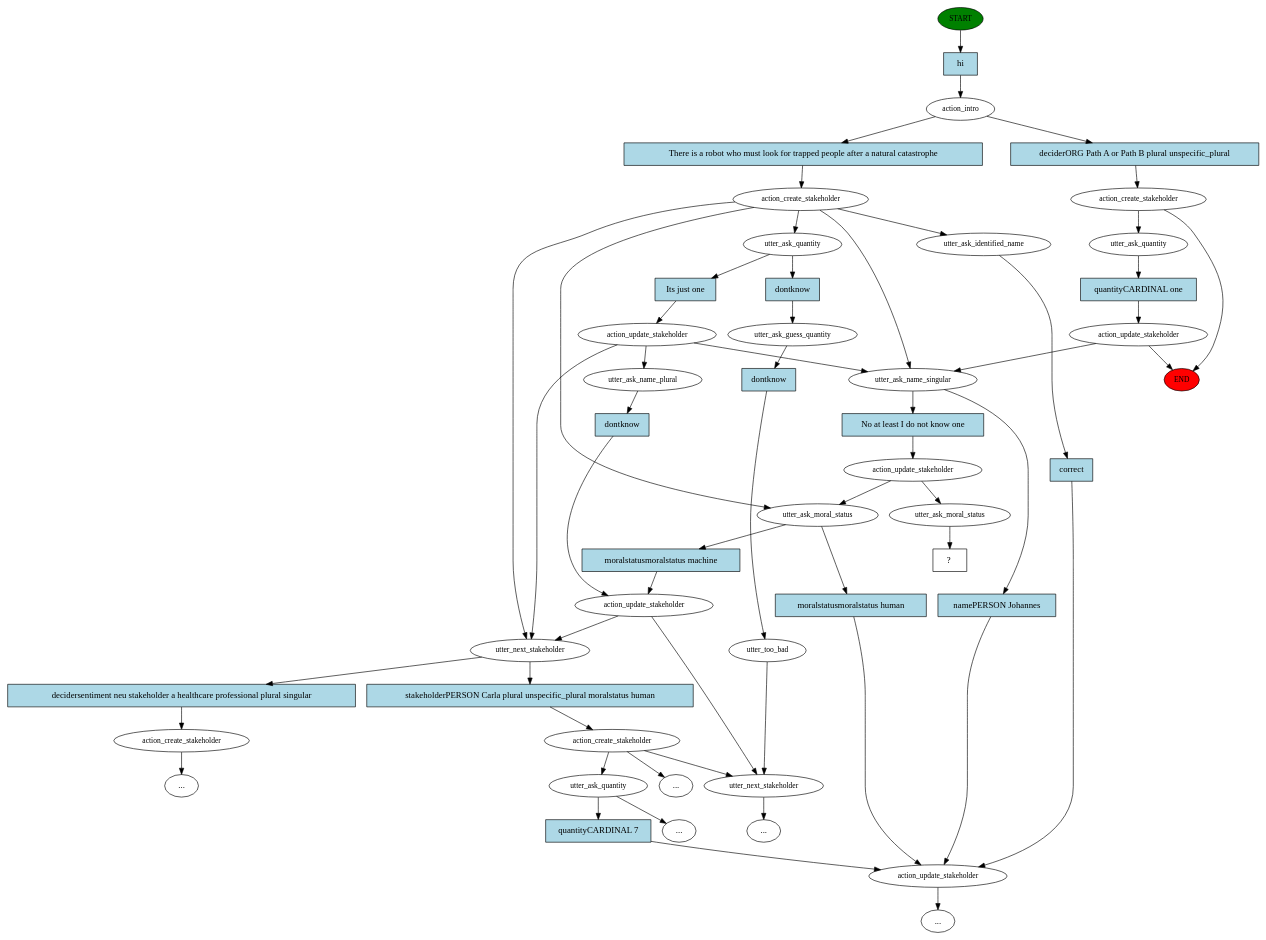
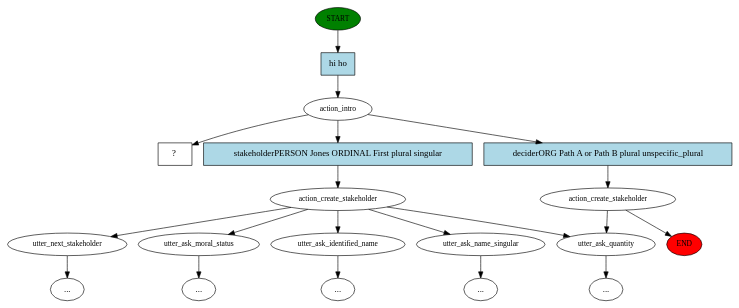
The diagram in story_graph.dot (AlexRmlt/ethicbot-rasa), drawn with Graphviz before and after one commit.

Commit message:
added dark mode like a boss

```diff
--- a/story_graph.dot
+++ b/story_graph.dot
@@ -1,105 +1,40 @@
 digraph  {
 0 [class="start active", fillcolor=green, fontsize=12, label=START, style=filled];
 "-1" [class=end, fillcolor=red, fontsize=12, label=END, style=filled];
 1 [class=active, fontsize=12, label=action_intro];
-2 [class=active, fontsize=12, label=action_create_stakeholder];
-3 [class=active, fontsize=12, label=utter_ask_name_singular];
-4 [class="", fontsize=12, label=action_update_stakeholder];
-11 [class="", fontsize=12, label=utter_next_stakeholder];
-12 [class="", fontsize=12, label=action_create_stakeholder];
-19 [class=active, fontsize=12, label=utter_ask_quantity];
-20 [class=active, fontsize=12, label=action_update_stakeholder];
-23 [class="", fontsize=12, label=utter_next_stakeholder];
-27 [class="", fontsize=12, label=action_create_stakeholder];
-"-9" [class=ellipsis, label="..."];
-"-11" [class=ellipsis, label="..."];
-46 [class="", fontsize=12, label=utter_ask_quantity];
+2 [class="", fontsize=12, label=action_create_stakeholder];
+3 [class="", fontsize=12, label=utter_ask_name_singular];
+"-4" [class=ellipsis, label="..."];
+9 [class="", fontsize=12, label=utter_ask_quantity];
+12 [class="", fontsize=12, label=utter_next_stakeholder];
 "-12" [class=ellipsis, label="..."];
-50 [class="", fontsize=12, label=utter_ask_guess_quantity];
-51 [class="", fontsize=12, label=utter_too_bad];
-57 [class="", fontsize=12, label=utter_ask_name_plural];
-58 [class="", fontsize=12, label=action_update_stakeholder];
-"-15" [class=ellipsis, label="..."];
-69 [class="", fontsize=12, label=utter_ask_moral_status];
-73 [class="", fontsize=12, label=utter_ask_identified_name];
-80 [class="", fontsize=12, label=action_create_stakeholder];
-83 [class="", fontsize=12, label=utter_ask_quantity];
-84 [class="", fontsize=12, label=action_update_stakeholder];
-90 [class=active, fontsize=12, label=action_update_stakeholder];
+45 [class="", fontsize=12, label=utter_ask_moral_status];
+"-17" [class=ellipsis, label="..."];
+48 [class="", fontsize=12, label=utter_ask_identified_name];
 "-19" [class=ellipsis, label="..."];
-103 [class=active, fontsize=12, label=utter_ask_moral_status];
-104 [class="intent dashed active", label="  ?  ", shape=rect];
-105 [class="intent active", fillcolor=lightblue, label=hi, shape=rect, style=filled];
-106 [class="intent active", fillcolor=lightblue, label="There is a robot who must look for trapped people after a natural catastrophe", shape=rect, style=filled];
-107 [class=intent, fillcolor=lightblue, label="deciderORG Path A or Path B plural unspecific_plural", shape=rect, style=filled];
-108 [class=intent, fillcolor=lightblue, label="namePERSON Johannes", shape=rect, style=filled];
-109 [class="intent active", fillcolor=lightblue, label="No at least I do not know one", shape=rect, style=filled];
-110 [class=intent, fillcolor=lightblue, label="stakeholderPERSON Carla plural unspecific_plural moralstatus human", shape=rect, style=filled];
-111 [class=intent, fillcolor=lightblue, label="decidersentiment neu stakeholder a healthcare professional plural singular", shape=rect, style=filled];
-112 [class="intent active", fillcolor=lightblue, label="Its just one", shape=rect, style=filled];
-113 [class=intent, fillcolor=lightblue, label=dontknow, shape=rect, style=filled];
-114 [class=intent, fillcolor=lightblue, label="quantityCARDINAL 7", shape=rect, style=filled];
-115 [class=intent, fillcolor=lightblue, label=dontknow, shape=rect, style=filled];
-116 [class=intent, fillcolor=lightblue, label=dontknow, shape=rect, style=filled];
-117 [class=intent, fillcolor=lightblue, label="moralstatusmoralstatus human", shape=rect, style=filled];
-118 [class=intent, fillcolor=lightblue, label="moralstatusmoralstatus machine", shape=rect, style=filled];
-119 [class=intent, fillcolor=lightblue, label=correct, shape=rect, style=filled];
-120 [class=intent, fillcolor=lightblue, label="quantityCARDINAL one", shape=rect, style=filled];
-0 -> 105  [class=active, key=0];
-1 -> 106  [class=active, key=0];
-1 -> 107  [class="", key=0];
+53 [class="", fontsize=12, label=action_create_stakeholder];
+"-21" [class=ellipsis, label="..."];
+61 [class="intent dashed active", label="  ?  ", shape=rect];
+62 [class="intent active", fillcolor=lightblue, label="hi ho", shape=rect, style=filled];
+63 [class=intent, fillcolor=lightblue, label="stakeholderPERSON Jones ORDINAL First plural singular", shape=rect, style=filled];
+64 [class=intent, fillcolor=lightblue, label="deciderORG Path A or Path B plural unspecific_plural", shape=rect, style=filled];
+0 -> 62  [class=active, key=0];
+1 -> 61  [class=active, key=NONE, label=""];
+1 -> 63  [class="", key=0];
+1 -> 64  [class="", key=0];
 2 -> 3  [class="", key=NONE, label=""];
-2 -> 11  [class="", key=NONE, label=""];
-2 -> 19  [class=active, key=NONE, label=""];
-2 -> 69  [class="", key=NONE, label=""];
-2 -> 73  [class="", key=NONE, label=""];
-3 -> 108  [class="", key=0];
-3 -> 109  [class=active, key=0];
-4 -> "-19"  [class="", key=NONE, label=""];
-11 -> 110  [class="", key=0];
-11 -> 111  [class="", key=0];
-12 -> 23  [class="", key=NONE, label=""];
-12 -> "-11"  [class="", key=NONE, label=""];
-12 -> 46  [class="", key=NONE, label=""];
-19 -> 112  [class=active, key=0];
-19 -> 113  [class="", key=0];
-20 -> 11  [class="", key=NONE, label=""];
-20 -> 57  [class="", key=NONE, label=""];
-20 -> 3  [class=active, key=NONE, label=""];
-23 -> "-15"  [class="", key=NONE, label=""];
-27 -> "-9"  [class="", key=NONE, label=""];
-46 -> "-12"  [class="", key=NONE, label=""];
-46 -> 114  [class="", key=0];
-50 -> 115  [class="", key=0];
-51 -> 23  [class="", key=NONE, label=""];
-57 -> 116  [class="", key=0];
-58 -> 23  [class="", key=NONE, label=""];
-58 -> 11  [class="", key=NONE, label=""];
-69 -> 117  [class="", key=0];
-69 -> 118  [class="", key=0];
-73 -> 119  [class="", key=0];
-80 -> "-1"  [class="", key=NONE, label=""];
-80 -> 83  [class="", key=NONE, label=""];
-83 -> 120  [class="", key=0];
-84 -> "-1"  [class="", key=NONE, label=""];
-84 -> 3  [class="", key=NONE, label=""];
-90 -> 69  [class="", key=NONE, label=""];
-90 -> 103  [class=active, key=NONE, label=""];
-103 -> 104  [class=active, key=NONE, label=""];
-105 -> 1  [class=active, key=0];
-106 -> 2  [class=active, key=0];
-107 -> 80  [class="", key=0];
-108 -> 4  [class="", key=0];
-109 -> 90  [class=active, key=0];
-110 -> 12  [class="", key=0];
-111 -> 27  [class="", key=0];
-112 -> 20  [class=active, key=0];
-113 -> 50  [class="", key=0];
-114 -> 4  [class="", key=0];
-115 -> 51  [class="", key=0];
-116 -> 58  [class="", key=0];
-117 -> 4  [class="", key=0];
-118 -> 58  [class="", key=0];
-119 -> 4  [class="", key=0];
-120 -> 84  [class="", key=0];
+2 -> 9  [class="", key=NONE, label=""];
+2 -> 12  [class="", key=NONE, label=""];
+2 -> 45  [class="", key=NONE, label=""];
+2 -> 48  [class="", key=NONE, label=""];
+3 -> "-4"  [class="", key=NONE, label=""];
+9 -> "-21"  [class="", key=NONE, label=""];
+12 -> "-12"  [class="", key=NONE, label=""];
+45 -> "-17"  [class="", key=NONE, label=""];
+48 -> "-19"  [class="", key=NONE, label=""];
+53 -> "-1"  [class="", key=NONE, label=""];
+53 -> 9  [class="", key=NONE, label=""];
+62 -> 1  [class=active, key=0];
+63 -> 2  [class="", key=0];
+64 -> 53  [class="", key=0];
 }
```
